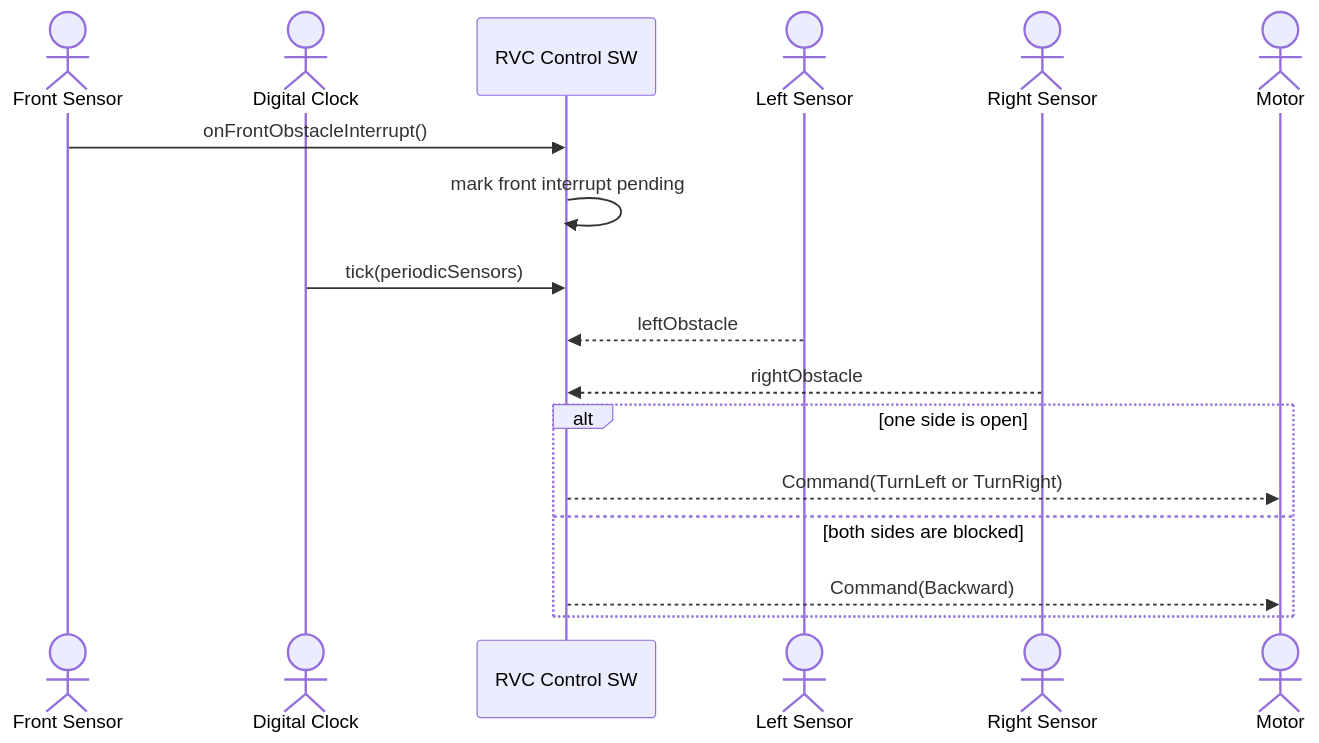
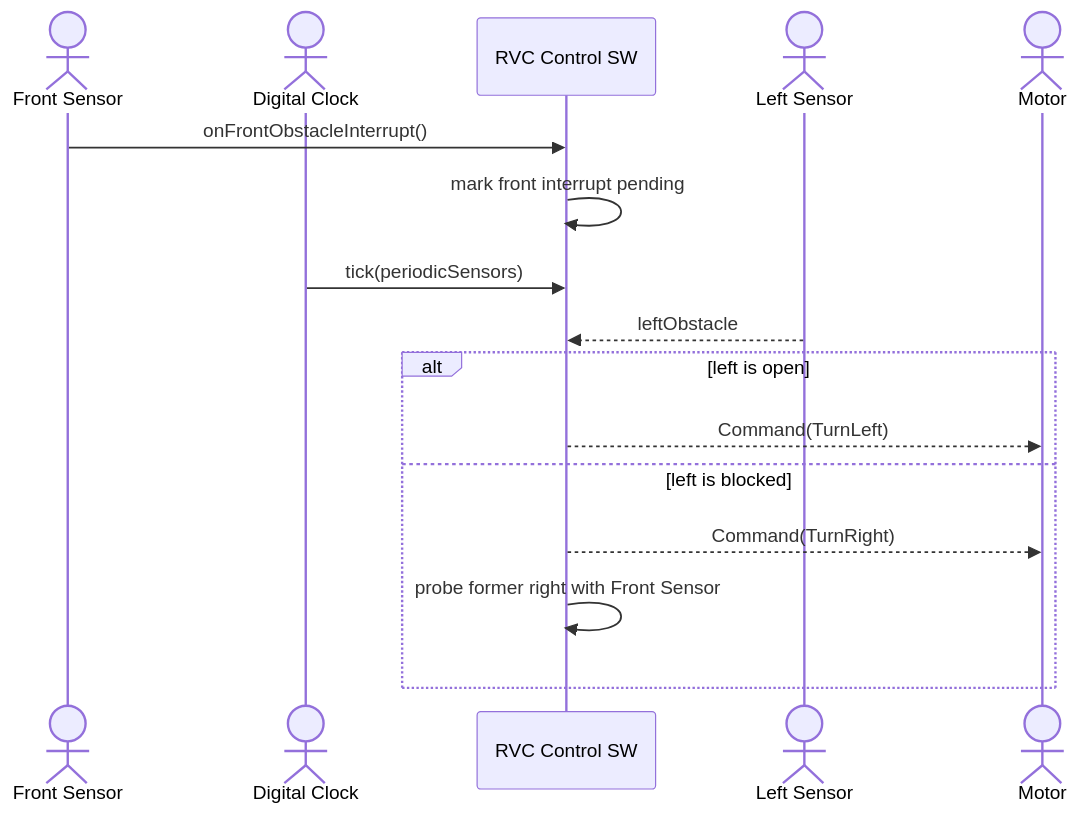
One commit to reload02/ooad-vibe changed the fourth of 7 diagrams in docs/srs.md. Above: the diagram before and after it, drawn with Mermaid. The commit also changed other lines of this file and 21 other files, not shown here.

````diff
--- a/docs/srs.md
+++ b/docs/srs.md
@@ -401,20 +403,19 @@
 ```mermaid
 sequenceDiagram
     actor FrontSensor as Front Sensor
     actor Clock as Digital Clock
     participant System as RVC Control SW
     actor LeftSensor as Left Sensor
-    actor RightSensor as Right Sensor
     actor Motor
 
     FrontSensor->>System: onFrontObstacleInterrupt()
     System->>System: mark front interrupt pending
     Clock->>System: tick(periodicSensors)
     LeftSensor-->>System: leftObstacle
-    RightSensor-->>System: rightObstacle
-    alt one side is open
-        System-->>Motor: Command(TurnLeft or TurnRight)
-    else both sides are blocked
-        System-->>Motor: Command(Backward)
+    alt left is open
+        System-->>Motor: Command(TurnLeft)
+    else left is blocked
+        System-->>Motor: Command(TurnRight)
+        System->>System: probe former right with Front Sensor
     end
 ```
````
